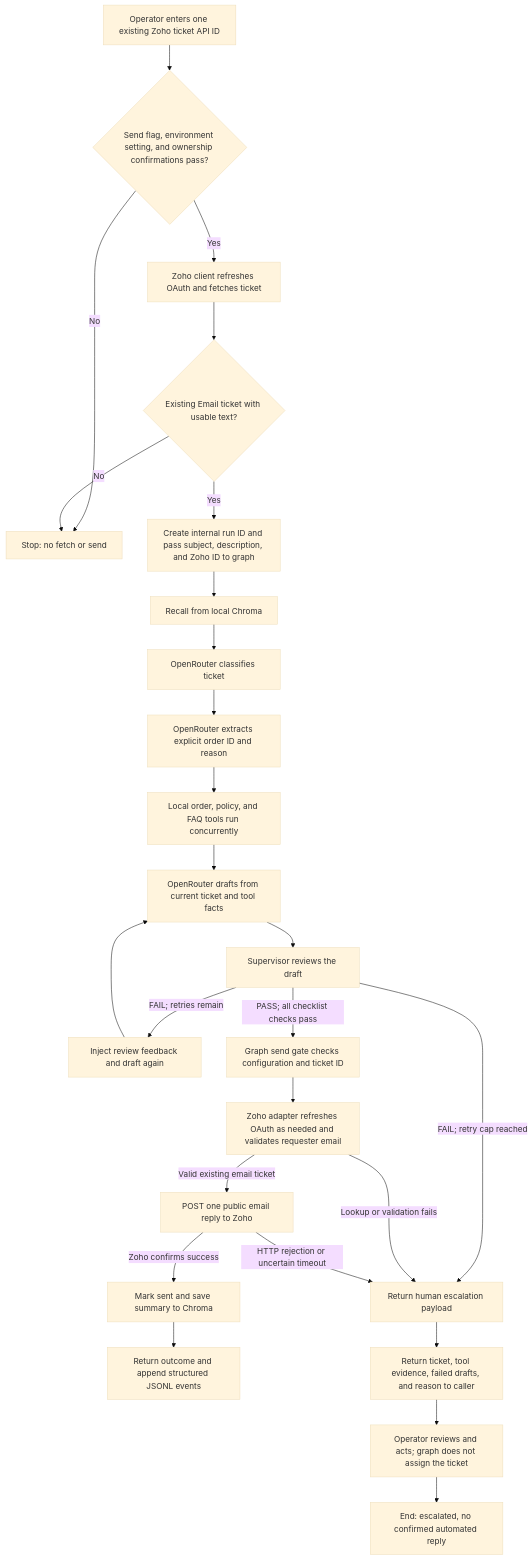
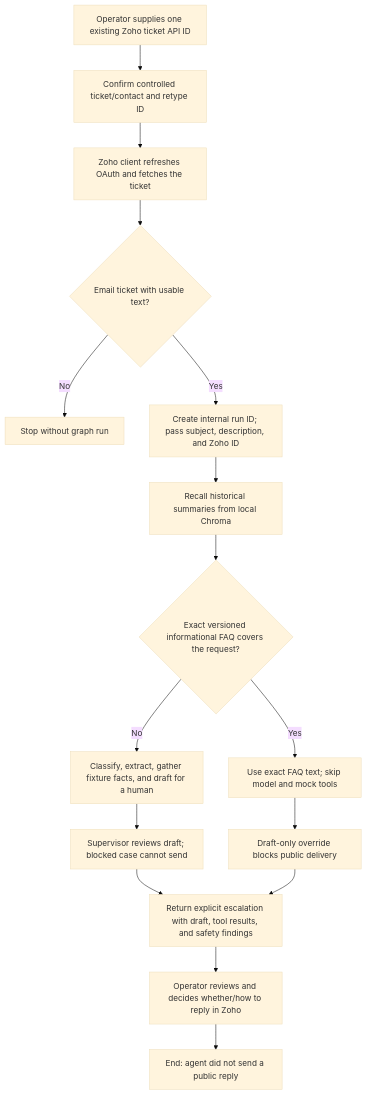
Before and after one commit to brajeshkumar7/Customer-support-ticket-triage-and-draft-response-agent: the second of 3 diagrams in flow.md, drawn with Mermaid (base theme). The commit also changed other lines of this file and 66 other files, not shown here.

````diff
--- a/flow.md
+++ b/flow.md
@@ -157,28 +157,18 @@
 ```mermaid
 flowchart TD
-    A[Operator enters one existing Zoho ticket API ID] --> B{Send flag, environment setting, and ownership confirmations pass?}
-    B -->|No| Z[Stop: no fetch or send]
-    B -->|Yes| C[Zoho client refreshes OAuth and fetches ticket]
-    C --> D{Existing Email ticket with usable text?}
-    D -->|No| Z
-    D -->|Yes| E[Create internal run ID and pass subject, description, and Zoho ID to graph]
-    E --> F[Recall from local Chroma]
-    F --> G[OpenRouter classifies ticket]
-    G --> H[OpenRouter extracts explicit order ID and reason]
-    H --> I[Local order, policy, and FAQ tools run concurrently]
-    I --> J[OpenRouter drafts from current ticket and tool facts]
-    J --> K[Supervisor reviews the draft]
-    K -->|FAIL; retries remain| L[Inject review feedback and draft again]
-    L --> J
-    K -->|FAIL; retry cap reached| X[Return human escalation payload]
-    K -->|PASS; all checklist checks pass| M[Graph send gate checks configuration and ticket ID]
-    M --> N[Zoho adapter refreshes OAuth as needed and validates requester email]
-    N -->|Lookup or validation fails| X
-    N -->|Valid existing email ticket| O[POST one public email reply to Zoho]
-    O -->|Zoho confirms success| P[Mark sent and save summary to Chroma]
-    P --> Q[Return outcome and append structured JSONL events]
-    O -->|HTTP rejection or uncertain timeout| X
-    X --> Y[Return ticket, tool evidence, failed drafts, and reason to caller]
-    Y --> R[Operator reviews and acts; graph does not assign the ticket]
-    R --> S[End: escalated, no confirmed automated reply]
+    A[Operator supplies one existing Zoho ticket API ID] --> B[Confirm controlled ticket/contact and retype ID]
+    B --> C[Zoho client refreshes OAuth and fetches the ticket]
+    C --> D{Email ticket with usable text?}
+    D -->|No| Z[Stop without graph run]
+    D -->|Yes| E[Create internal run ID; pass subject, description, and Zoho ID]
+    E --> F[Recall historical summaries from local Chroma]
+    F --> G{Exact versioned informational FAQ covers the request?}
+    G -->|Yes| I[Use exact FAQ text; skip model and mock tools]
+    G -->|No| H[Classify, extract, gather fixture facts, and draft for a human]
+    H --> J[Supervisor reviews draft; blocked case cannot send]
+    I --> K[Draft-only override blocks public delivery]
+    J --> M[Return explicit escalation with draft, tool results, and safety findings]
+    K --> M
+    M --> O[Operator reviews and decides whether/how to reply in Zoho]
+    O --> P[End: agent did not send a public reply]
 ```
````
